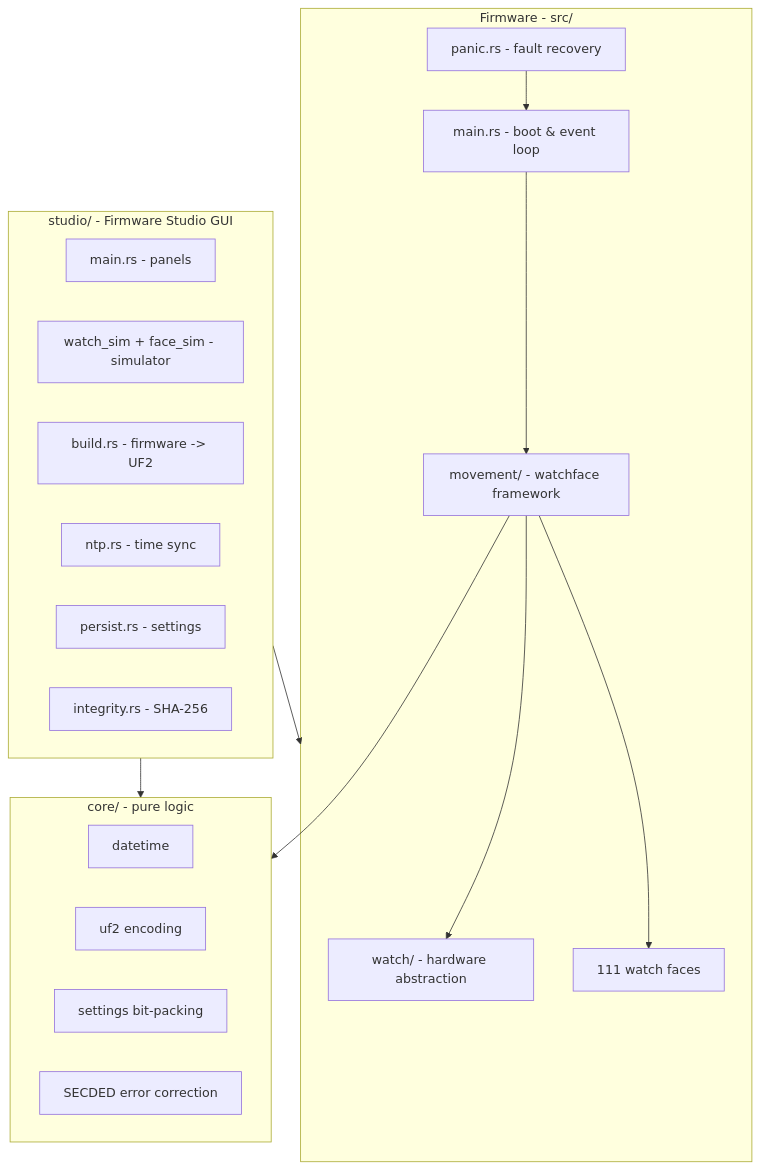
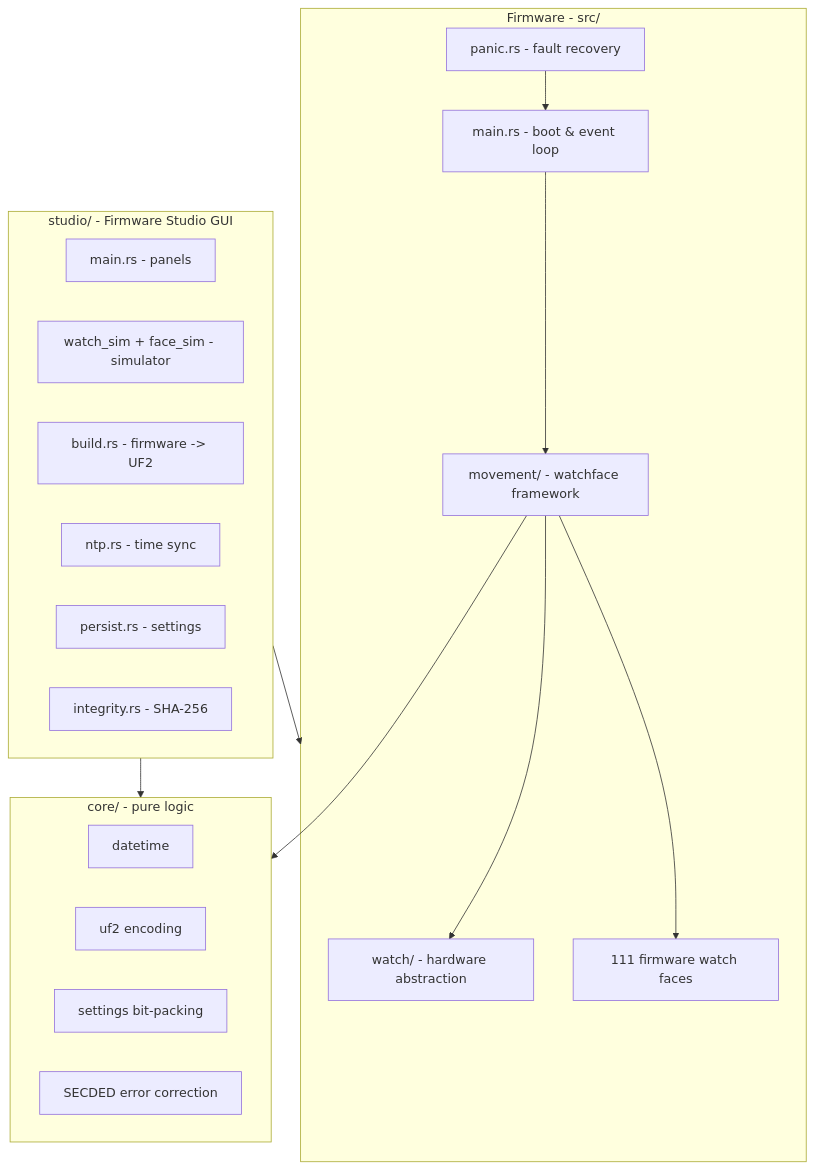
Before and after one commit to kaiiuen/sensor-watch-rs: the diagram in README.md, drawn with Mermaid. The commit also changed other lines of this file and 8 other files, not shown here.

````diff
--- a/README.md
+++ b/README.md
@@ -35,34 +35,34 @@
 ```mermaid
 graph TD
     subgraph Firmware[Firmware - src/]
         HAL[watch/ - hardware abstraction]
         MV[movement/ - watchface framework]
-        FACES[111 watch faces]
+        FACES[111 firmware watch faces]
         MAIN[main.rs - boot & event loop]
         PANIC[panic.rs - fault recovery]
         MAIN --> MV
         MV --> HAL
         MV --> FACES
         PANIC --> MAIN
     end
 
     subgraph Core[core/ - pure logic]
         DT[datetime]
         UF2[uf2 encoding]
         SET[settings bit-packing]
         ECC[SECDED error correction]
     end
 
     subgraph Studio[studio/ - Firmware Studio GUI]
         APP[main.rs - panels]
         SIM[watch_sim + face_sim - simulator]
         BUILD[build.rs - firmware -> UF2]
         NTP[ntp.rs - time sync]
         PERSIST[persist.rs - settings]
         INTEG[integrity.rs - SHA-256]
     end
 
     MV --> Core
     Studio --> Core
     Studio --> Firmware
 ```
````
